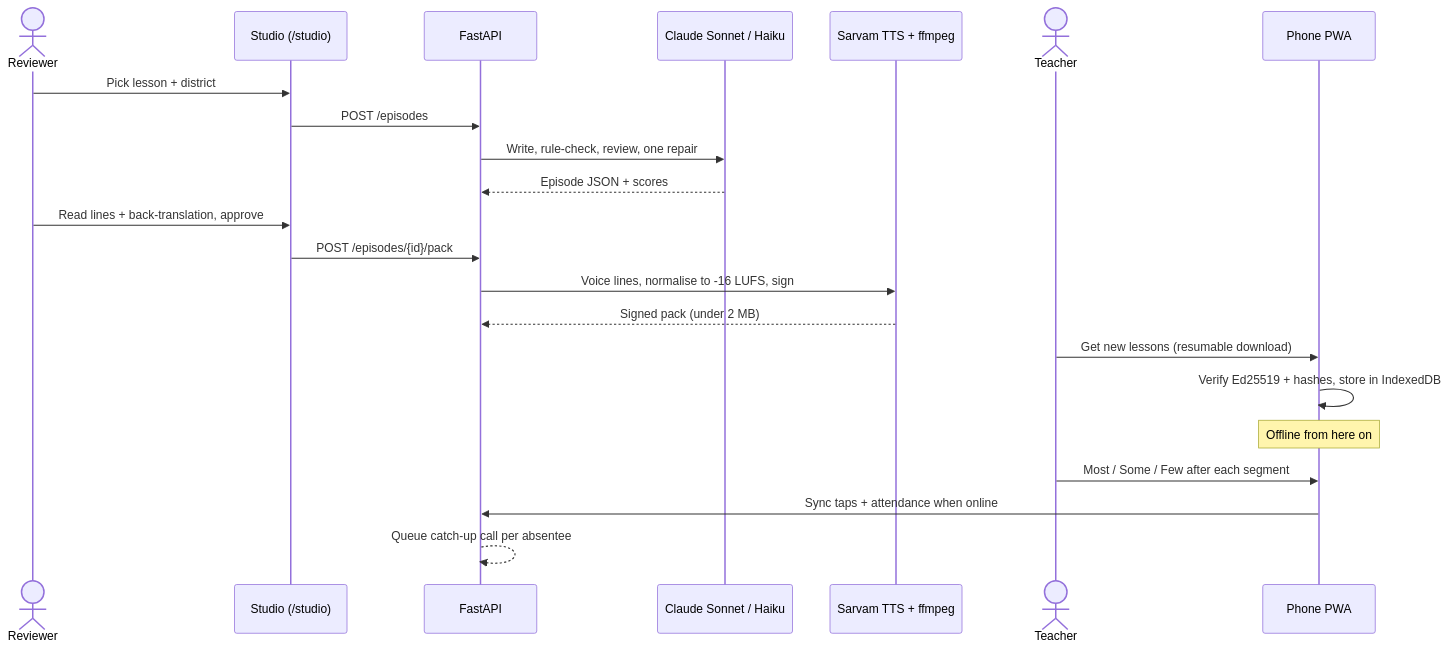
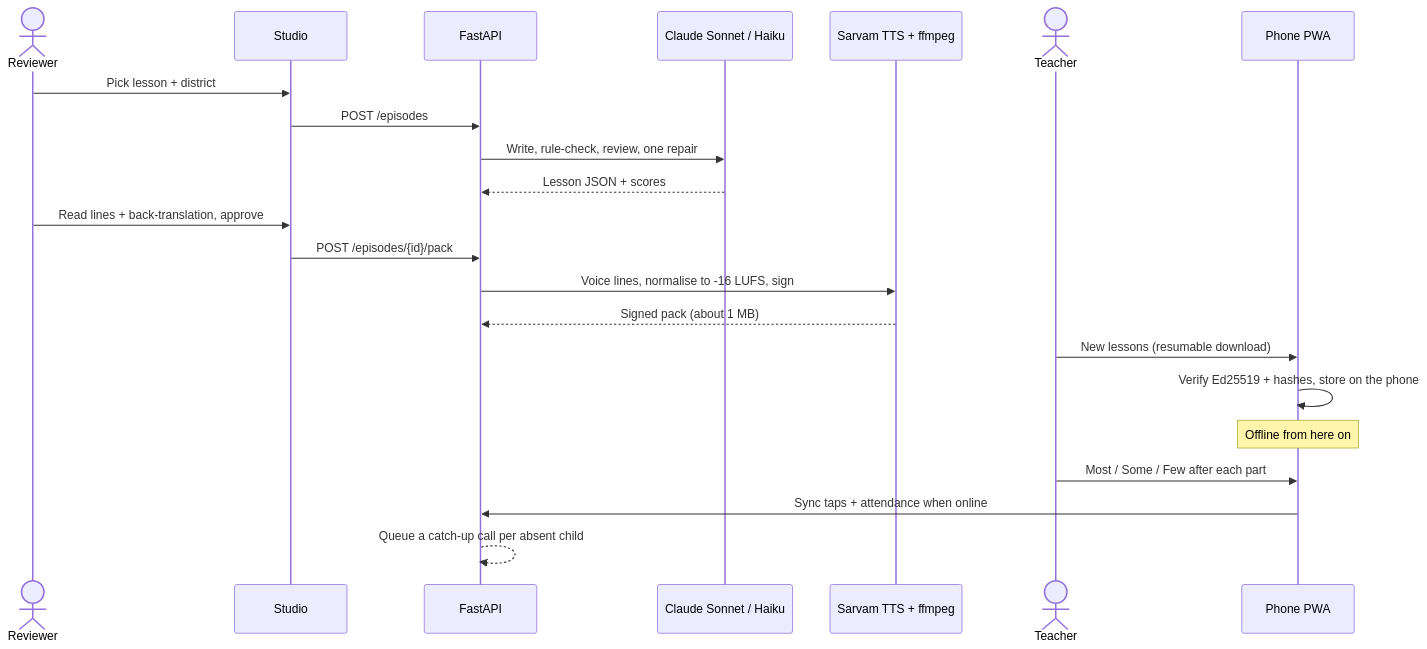
One commit to Harsha-code-per/Sahpaathi changed the second of 3 diagrams in README.md. Above: the diagram before and after it, drawn with Mermaid. The commit also changed other lines of this file and 5 other files, not shown here.

````diff
--- a/README.md
+++ b/README.md
@@ -65,24 +59,24 @@
 ```mermaid
 sequenceDiagram
   actor R as Reviewer
-  participant S as Studio (/studio)
+  participant S as Studio
   participant API as FastAPI
   participant AI as Claude Sonnet / Haiku
   participant V as Sarvam TTS + ffmpeg
   actor T as Teacher
   participant P as Phone PWA
   R->>S: Pick lesson + district
   S->>API: POST /episodes
   API->>AI: Write, rule-check, review, one repair
-  AI-->>API: Episode JSON + scores
+  AI-->>API: Lesson JSON + scores
   R->>S: Read lines + back-translation, approve
   S->>API: POST /episodes/{id}/pack
   API->>V: Voice lines, normalise to -16 LUFS, sign
-  V-->>API: Signed pack (under 2 MB)
-  T->>P: Get new lessons (resumable download)
-  P->>P: Verify Ed25519 + hashes, store in IndexedDB
+  V-->>API: Signed pack (about 1 MB)
+  T->>P: New lessons (resumable download)
+  P->>P: Verify Ed25519 + hashes, store on the phone
   Note over P: Offline from here on
-  T->>P: Most / Some / Few after each segment
+  T->>P: Most / Some / Few after each part
   P->>API: Sync taps + attendance when online
-  API-->>API: Queue catch-up call per absentee
+  API-->>API: Queue a catch-up call per absent child
 ```
````
